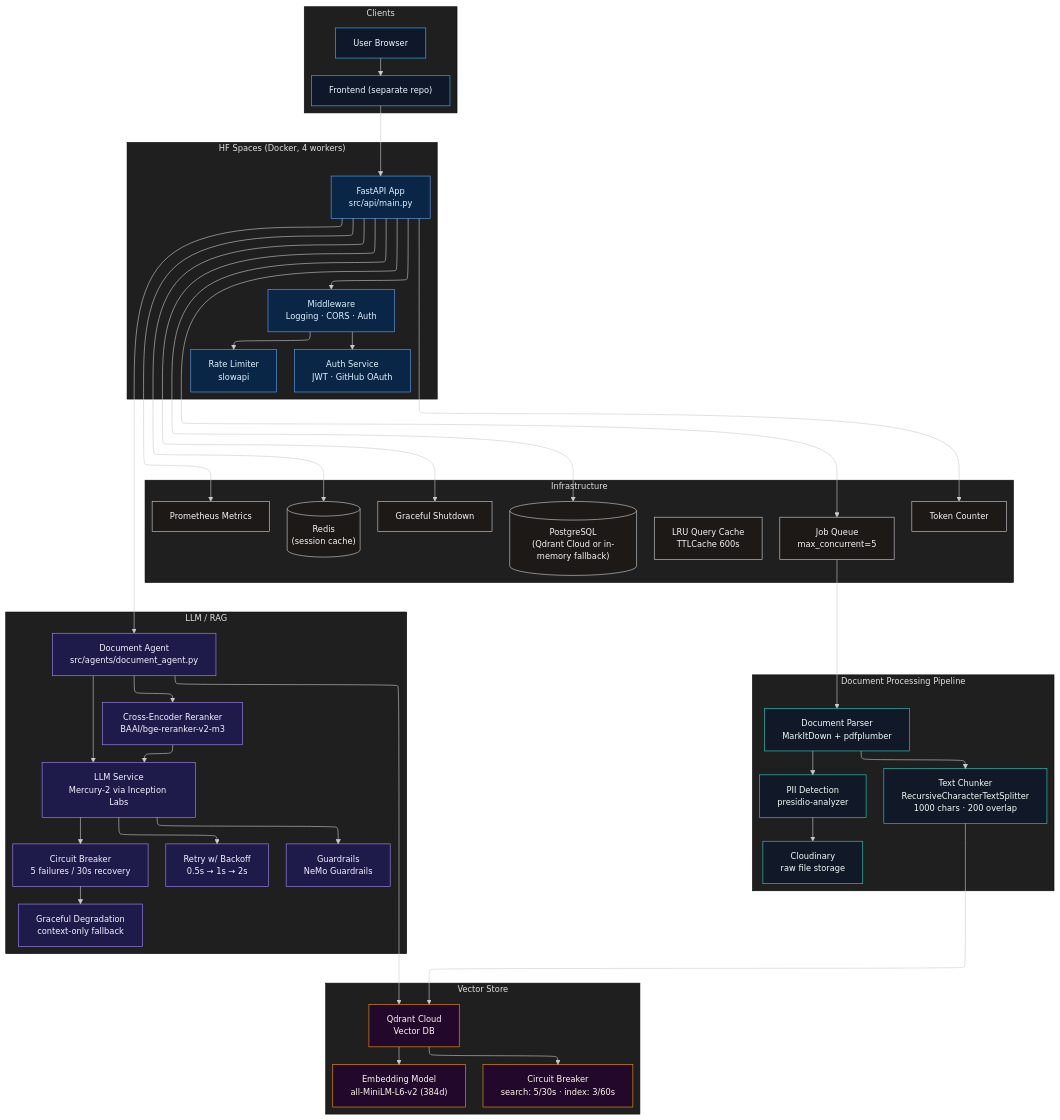
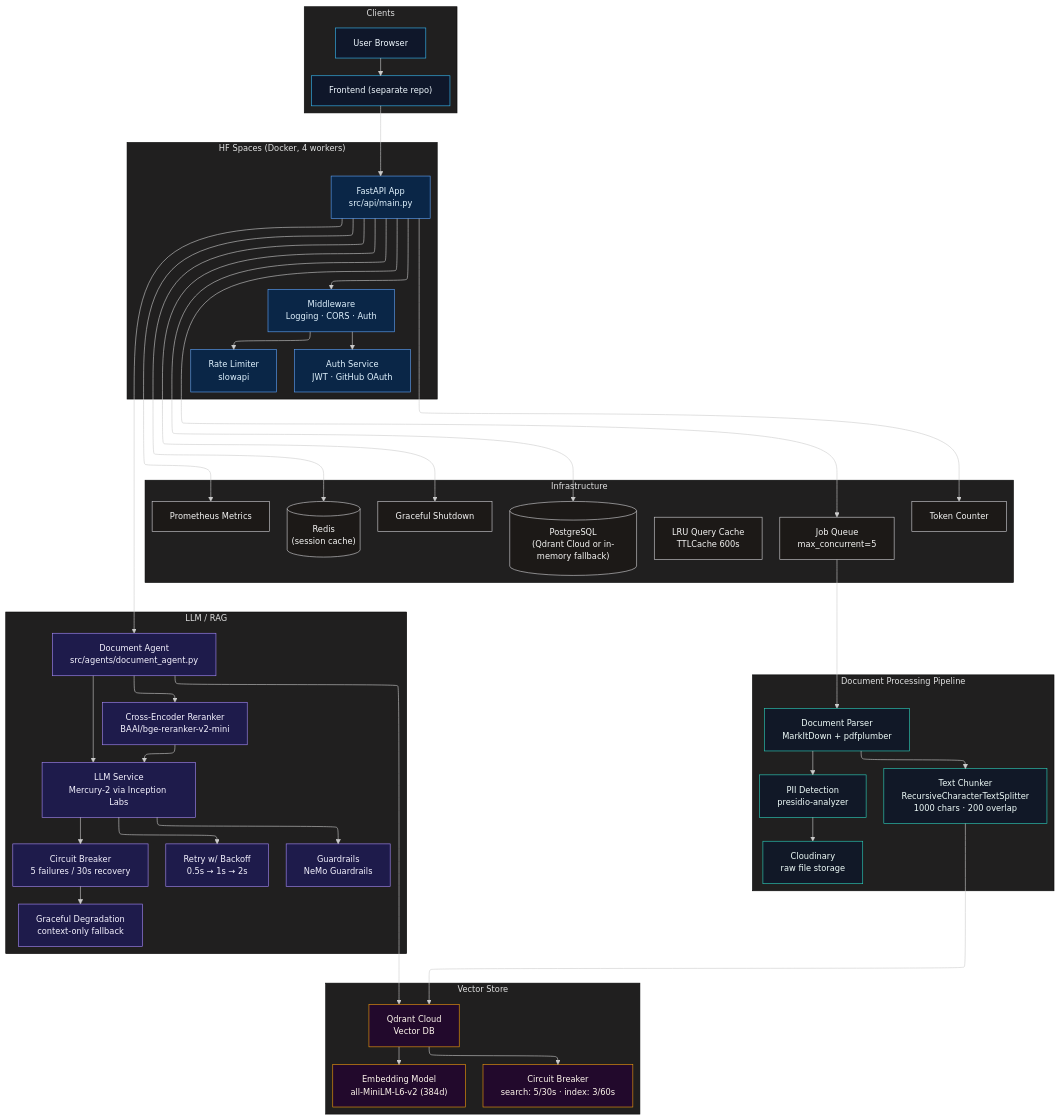
One commit to AKXLR8/vector-auditor changed the diagram in README.md. Above: the diagram before and after it, drawn with Mermaid. The commit also changed other lines of this file and 1 other file, not shown here.

Commit message:
perf: replace reranker v2-m3 (1.1B) with v2-mini (100M) for 10x faster reranking

```diff
--- a/README.md
+++ b/README.md
@@ -95,7 +95,7 @@
 
   subgraph "LLM / RAG"
     Agent["Document Agent<br/>src/agents/document_agent.py"]
-    Reranker["Cross-Encoder Reranker<br/>BAAI/bge-reranker-v2-m3"]
+    Reranker["Cross-Encoder Reranker<br/>BAAI/bge-reranker-v2-mini"]
     LLM["LLM Service<br/>Mercury-2 via Inception Labs"]
     CB_L["Circuit Breaker<br/>5 failures / 30s recovery"]
     Retry["Retry w/ Backoff<br/>0.5s → 1s → 2s"]
```
